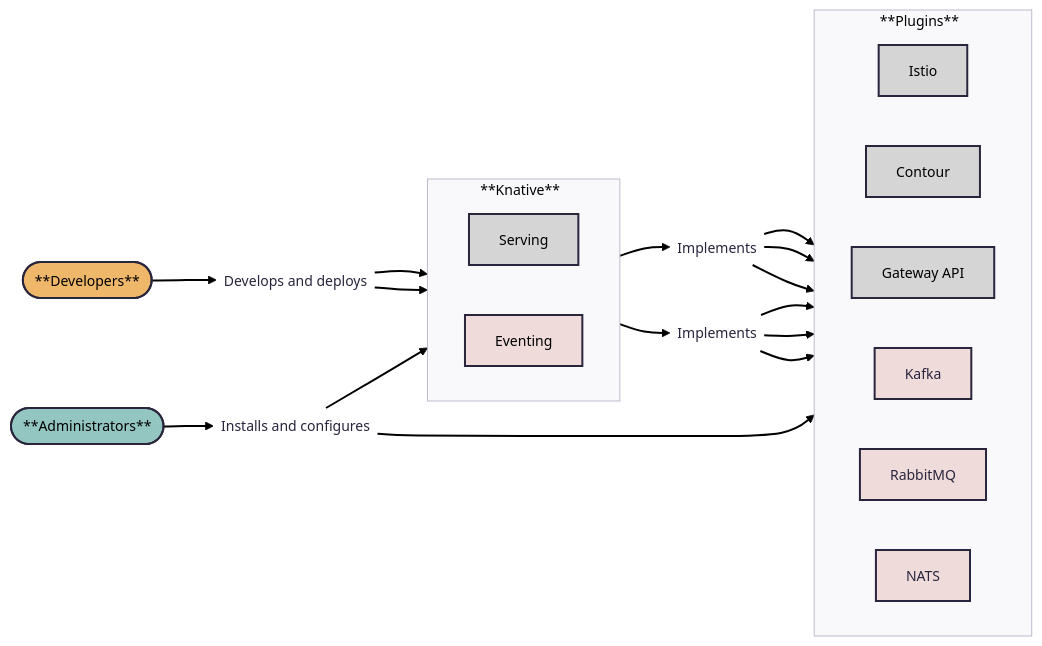
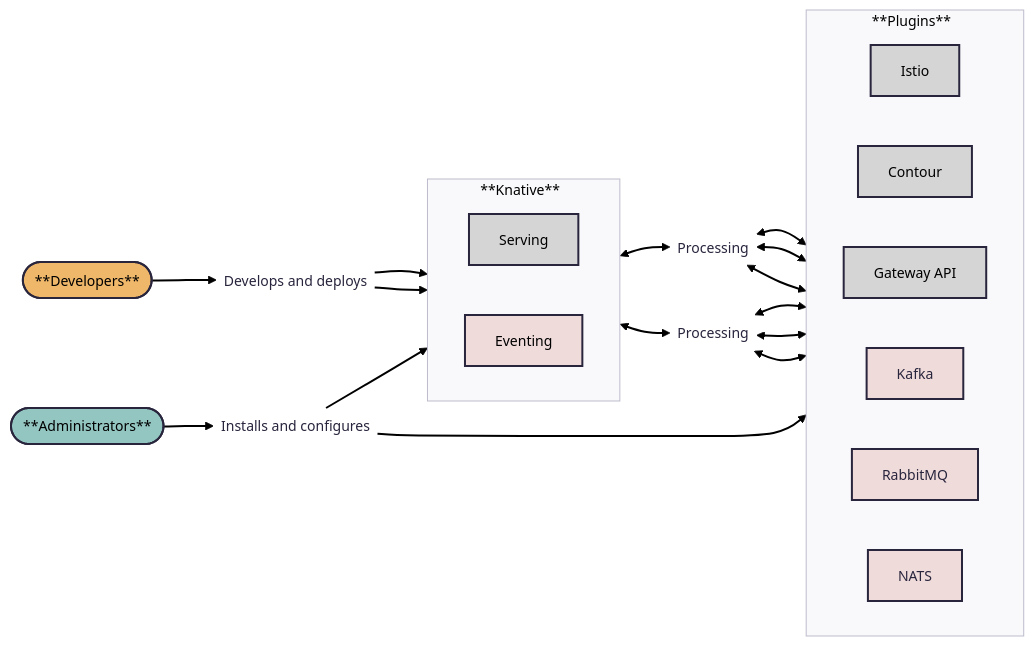
Before and after one commit to knative/docs: the diagram in docs/versioned/admin/admin-overview.md, drawn with Mermaid.

Commit message:
Update admin-overview.md
mermaid directional tweaks

````diff
--- a/docs/versioned/admin/admin-overview.md
+++ b/docs/versioned/admin/admin-overview.md
@@ -14,52 +14,51 @@
 ```mermaid
 ---
 config:
   theme: redux
   layout: dagre
   look: classic
 ---
 flowchart LR
  subgraph Knative["**Knative**&nbsp;&nbsp;"]
     direction LR
         Serving["Serving"]
         Eventing["Eventing"]
   end
  subgraph Plugins["**Plugins**&nbsp;&nbsp;"]
     direction LR
         net-istio["Istio"]
         net-contour["Contour"]
         net-gateway-api["Gateway API"]
         event-kafka["Kafka"]
         event-rabbitmq["RabbitMQ"]
         event-nats["NATS"]
   end
     Dev(["**Developers**"]) --> dev-acts["Develops and deploys"]
     dev-acts --> Serving & Eventing
     Admin(["**Administrators**"]) --> admin-acts["Installs and configures"]
     admin-acts --> Knative & Plugins
-    Serving --> net-impl["Implements"]
-    net-impl --> net-istio & net-contour & net-gateway-api
-    Eventing --> event-impl["Implements"]
-    event-impl --> event-kafka & event-rabbitmq & event-nats
+    Serving <--> net-impl["Processing"]
+    net-impl <--> net-istio & net-contour & net-gateway-api
+    Eventing <--> event-impl["Processing"]
+    event-impl <--> event-kafka & event-nats & event-rabbitmq
     dev-acts@{ shape: text}
     admin-acts@{ shape: text}
     net-impl@{ shape: text}
     event-impl@{ shape: text}
     style Serving fill:#D5D5D5,color:#000000
     style Eventing fill:#F0DBDB,color:#000000
     style net-istio fill:#D5D5D5,color:#000000
     style net-contour fill:#D5D5D5,color:#000000
     style net-gateway-api fill:#D5D5D5,color:#000000
     style event-kafka fill:#F0DBDB
     style event-rabbitmq fill:#F0DBDB
     style event-nats fill:#F0DBDB
     style Dev fill:#EFB769,color:#000000
     style dev-acts fill:transparent
     style Admin fill:#94C6C1,color:#000000
     style admin-acts fill:transparent
     style Knative text-align: left
     style Plugins text-align: left
     style net-impl fill:transparent
     style event-impl fill:transparent
-
 ```
````
